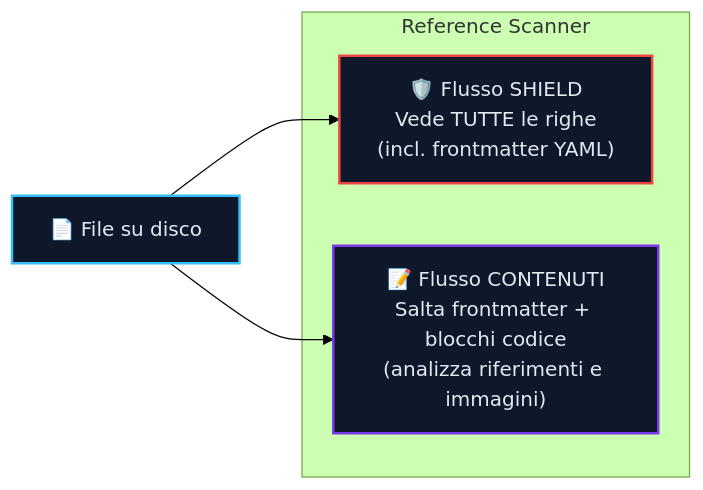
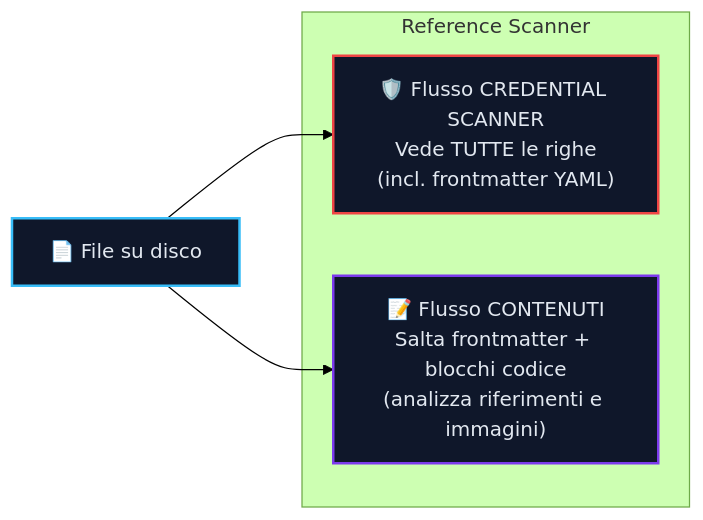
The diagram in i18n/it/docusaurus-plugin-content-docs/current/reference/checks.mdx (PythonWoods/zenzic-doc), drawn with Mermaid (forest theme) before and after one commit. The commit also changed other lines of this file and 268 other files, not shown here.

````diff
--- a/i18n/it/docusaurus-plugin-content-docs/current/reference/checks.mdx
+++ b/i18n/it/docusaurus-plugin-content-docs/current/reference/checks.mdx
@@ -140,16 +140,16 @@
 ```mermaid
 flowchart LR
     classDef file    fill:#0f172a,stroke:#38bdf8,stroke-width:2px,color:#e2e8f0
-    classDef shield  fill:#0f172a,stroke:#ef4444,stroke-width:2px,color:#e2e8f0
+    classDef credentials fill:#0f172a,stroke:#ef4444,stroke-width:2px,color:#e2e8f0
     classDef content fill:#0f172a,stroke:#7c3aed,stroke-width:2px,color:#e2e8f0
 
     disk["📄 File su disco"]:::file
 
     subgraph RS ["Reference Scanner"]
-        SH["🛡️ Flusso SHIELD\nVede TUTTE le righe\n(incl. frontmatter YAML)"]:::shield
+        CRED["🛡️ Flusso CREDENTIAL SCANNER\nVede TUTTE le righe\n(incl. frontmatter YAML)"]:::credentials
         CT["📝 Flusso CONTENUTI\nSalta frontmatter + blocchi codice\n(analizza riferimenti e immagini)"]:::content
     end
 
-    disk --> SH
+    disk --> CRED
     disk --> CT
 ```
````
